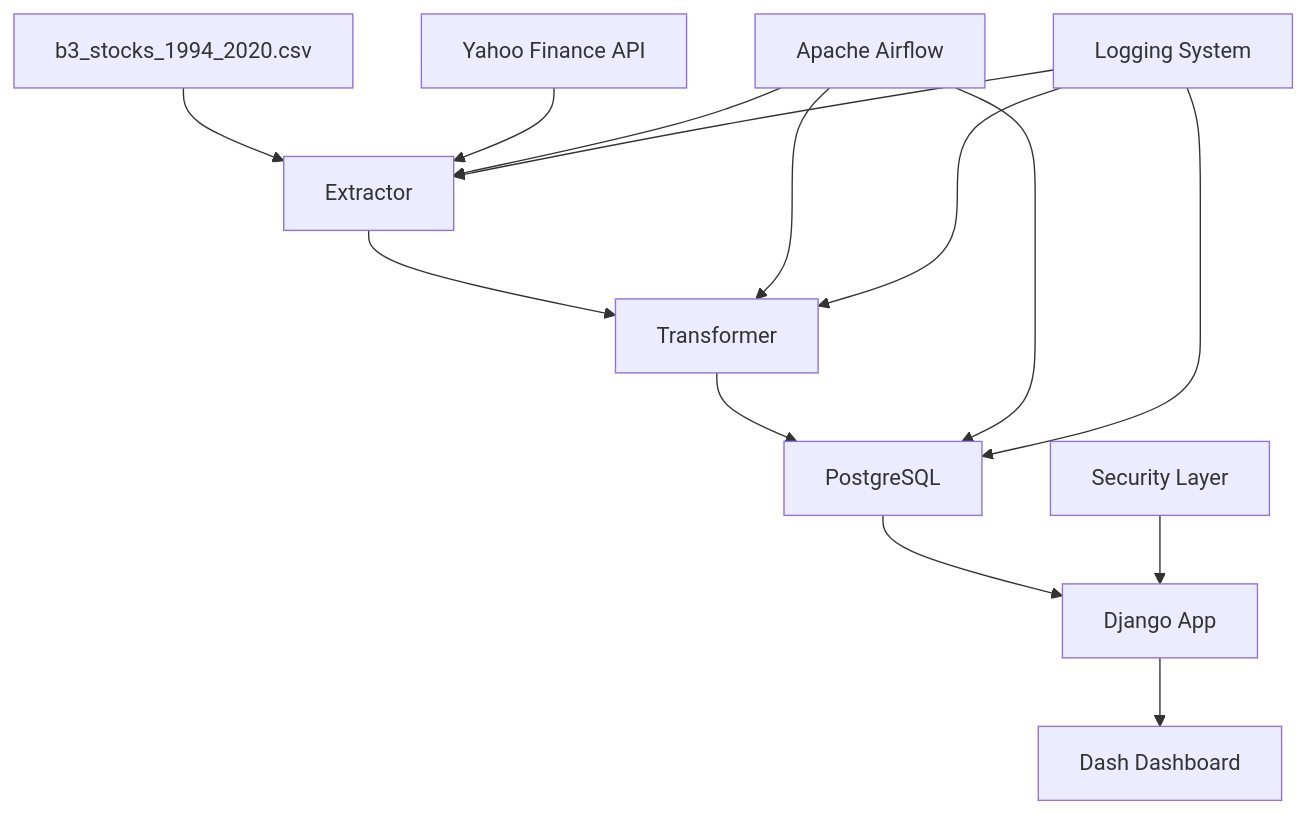
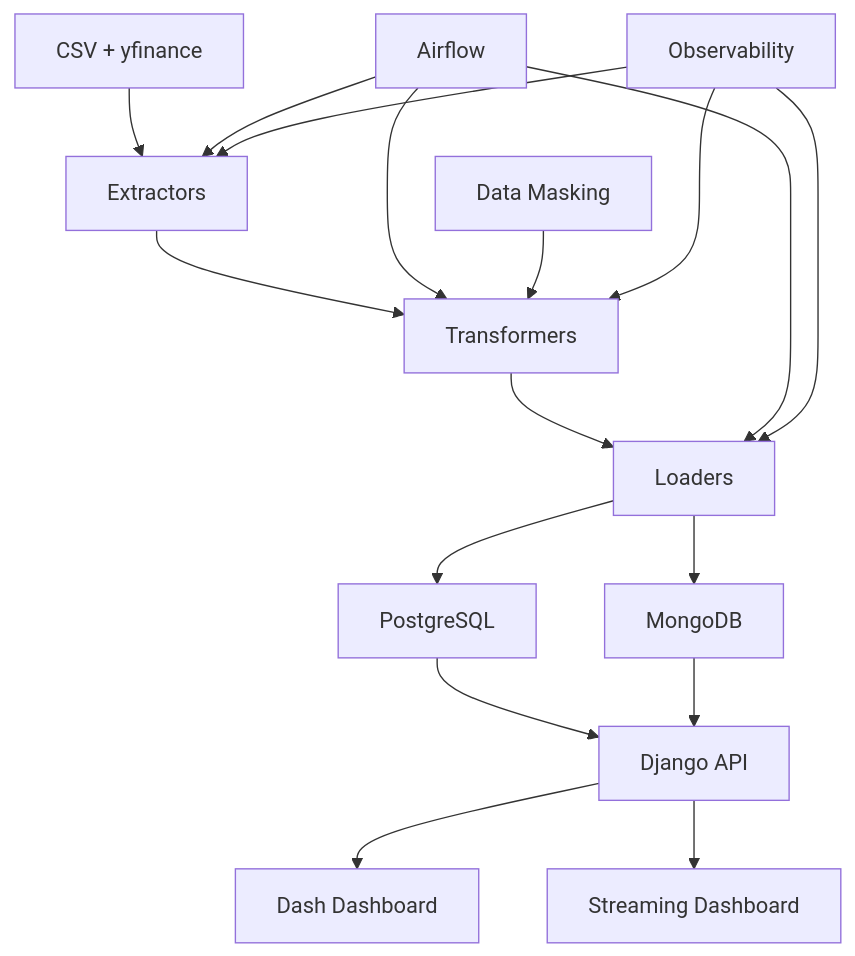
Before and after one commit to davigaldino/DATA_MASTER_2: the diagram in README.md, drawn with Mermaid. The commit also changed other lines of this file and 6 other files, not shown here.

First line of the commit message:
Implementação completa: Streaming, MongoDB, Data Masking e Dashboards aprimorados

````diff
--- a/README.md
+++ b/README.md
@@ -19,16 +19,19 @@
 ```mermaid
 graph TB
-    A[b3_stocks_1994_2020.csv] --> B[Extractor]
-    C[Yahoo Finance API] --> B
-    B --> D[Transformer]
+    A[CSV + yfinance] --> B[Extractors]
+    B --> C[Transformers]
+    C --> D[Loaders]
     D --> E[PostgreSQL]
-    F[Apache Airflow] --> B
-    F --> D
-    F --> E
-    E --> G[Django App]
+    D --> F[MongoDB]
+    E --> G[Django API]
+    F --> G
     G --> H[Dash Dashboard]
-    I[Logging System] --> B
-    I --> D
-    I --> E
-    J[Security Layer] --> G
+    G --> I[Streaming Dashboard]
+    J[Airflow] --> B
+    J --> C
+    J --> D
+    K[Data Masking] --> C
+    L[Observability] --> B
+    L --> C
+    L --> D
 ```
````
